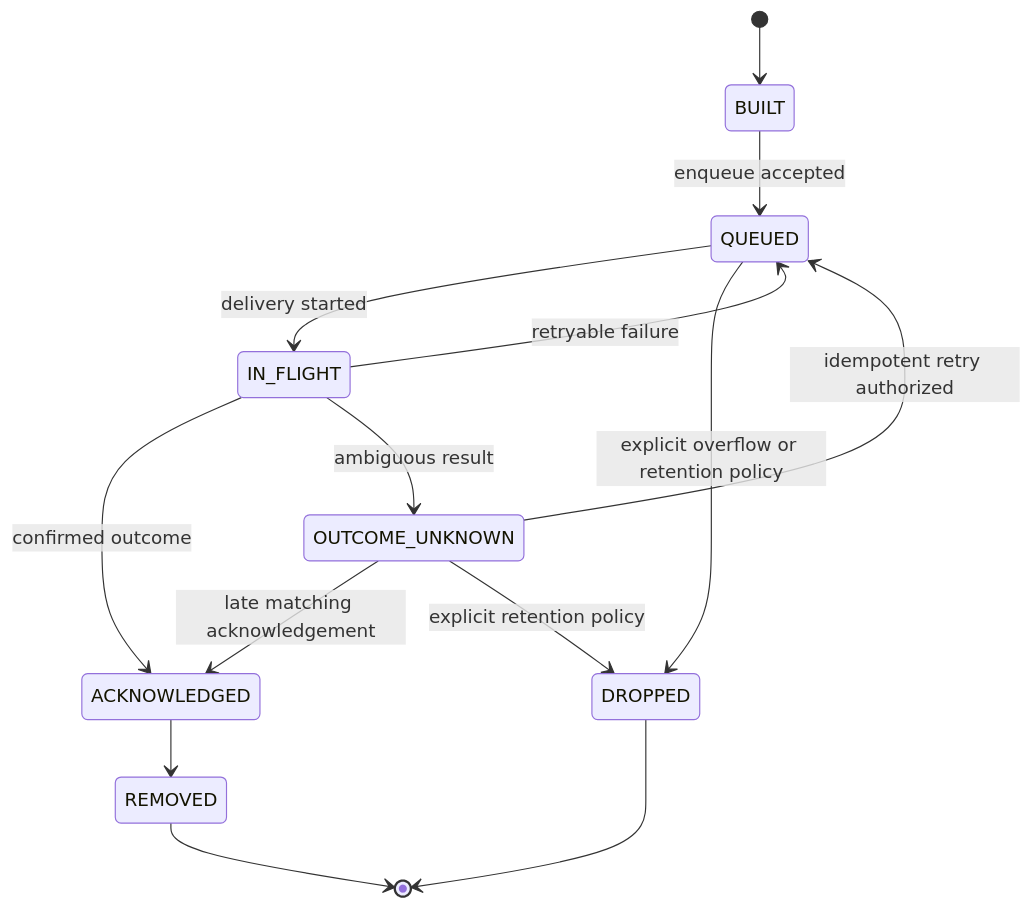
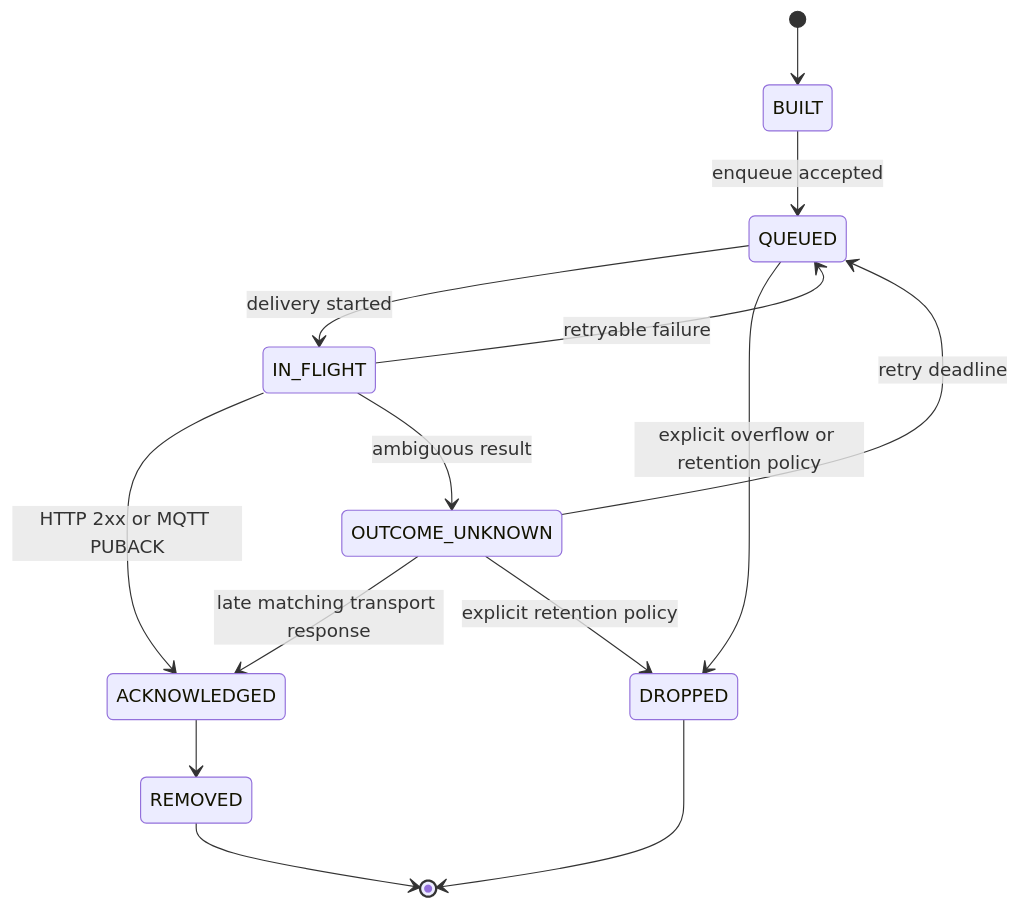
The third of 4 diagrams in 1.docs/00_overview/13_reporting_and_connectivity_policy.md (whoisLePhuc/smart-water-flow-pressure-monitor), drawn with Mermaid before and after one commit. The commit also changed other lines of this file and 14 other files, not shown here.

````diff
--- a/1.docs/00_overview/13_reporting_and_connectivity_policy.md
+++ b/1.docs/00_overview/13_reporting_and_connectivity_policy.md
@@ -514,16 +512,16 @@
 ```mermaid
 stateDiagram-v2
     [*] --> BUILT
     BUILT --> QUEUED: enqueue accepted
     QUEUED --> IN_FLIGHT: delivery started
-    IN_FLIGHT --> ACKNOWLEDGED: confirmed outcome
+    IN_FLIGHT --> ACKNOWLEDGED: HTTP 2xx or MQTT PUBACK
     IN_FLIGHT --> QUEUED: retryable failure
     IN_FLIGHT --> OUTCOME_UNKNOWN: ambiguous result
-    OUTCOME_UNKNOWN --> QUEUED: idempotent retry authorized
-    OUTCOME_UNKNOWN --> ACKNOWLEDGED: late matching acknowledgement
+    OUTCOME_UNKNOWN --> QUEUED: retry deadline
+    OUTCOME_UNKNOWN --> ACKNOWLEDGED: late matching transport response
     OUTCOME_UNKNOWN --> DROPPED: explicit retention policy
     QUEUED --> DROPPED: explicit overflow or retention policy
     ACKNOWLEDGED --> REMOVED
     DROPPED --> [*]
     REMOVED --> [*]
 ```
````
